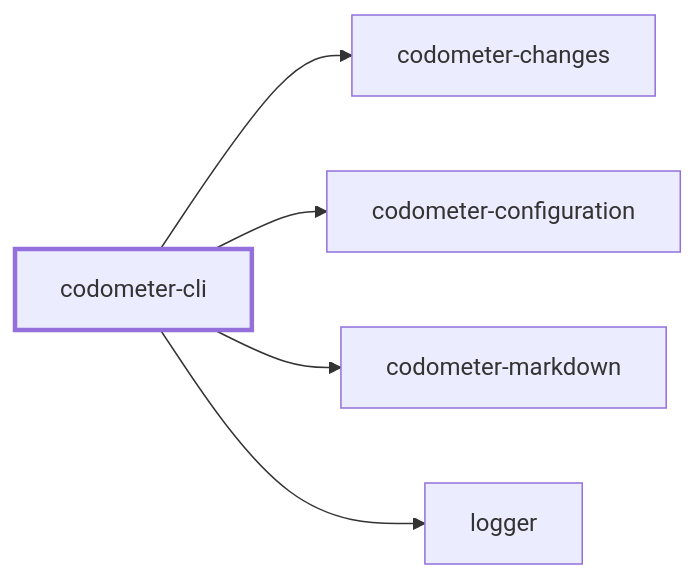
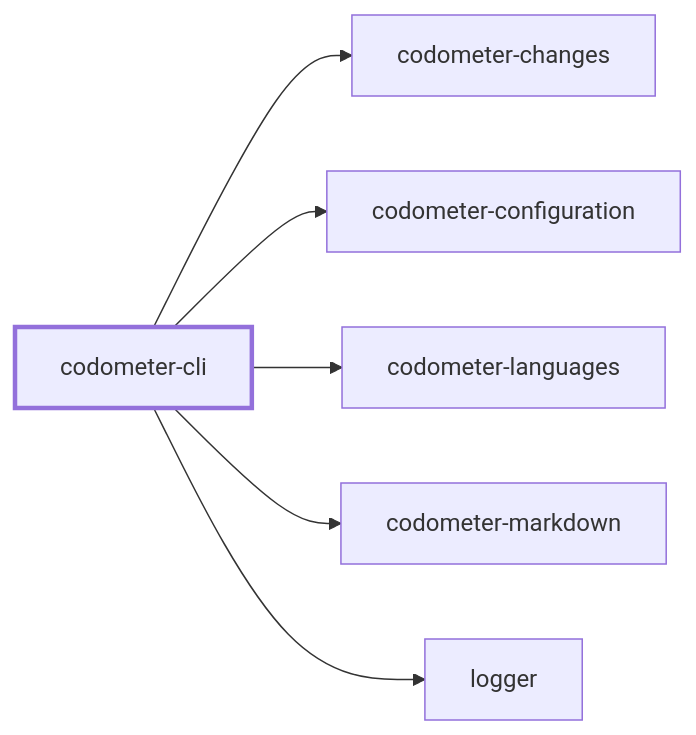
Before and after one commit to JimmyPaolini/codebase: the first of 2 diagrams in packages/codometer-cli/README.md, drawn with Mermaid. The commit also changed other lines of this file and 111 other files, not shown here.

Commit message:
feat(codometer): ✨ extract codometer-languages package

````diff
--- a/packages/codometer-cli/README.md
+++ b/packages/codometer-cli/README.md
@@ -431,14 +431,16 @@
 ```mermaid
 flowchart LR
   codometer_changes["codometer-changes"]
   codometer_cli["codometer-cli"]
   codometer_configuration["codometer-configuration"]
+  codometer_languages["codometer-languages"]
   codometer_markdown["codometer-markdown"]
   logger["logger"]
   codometer_cli --> codometer_changes
   codometer_cli --> codometer_configuration
+  codometer_cli --> codometer_languages
   codometer_cli --> codometer_markdown
   codometer_cli --> logger
   classDef subject stroke-width:3px
   class codometer_cli subject
 ```
````
